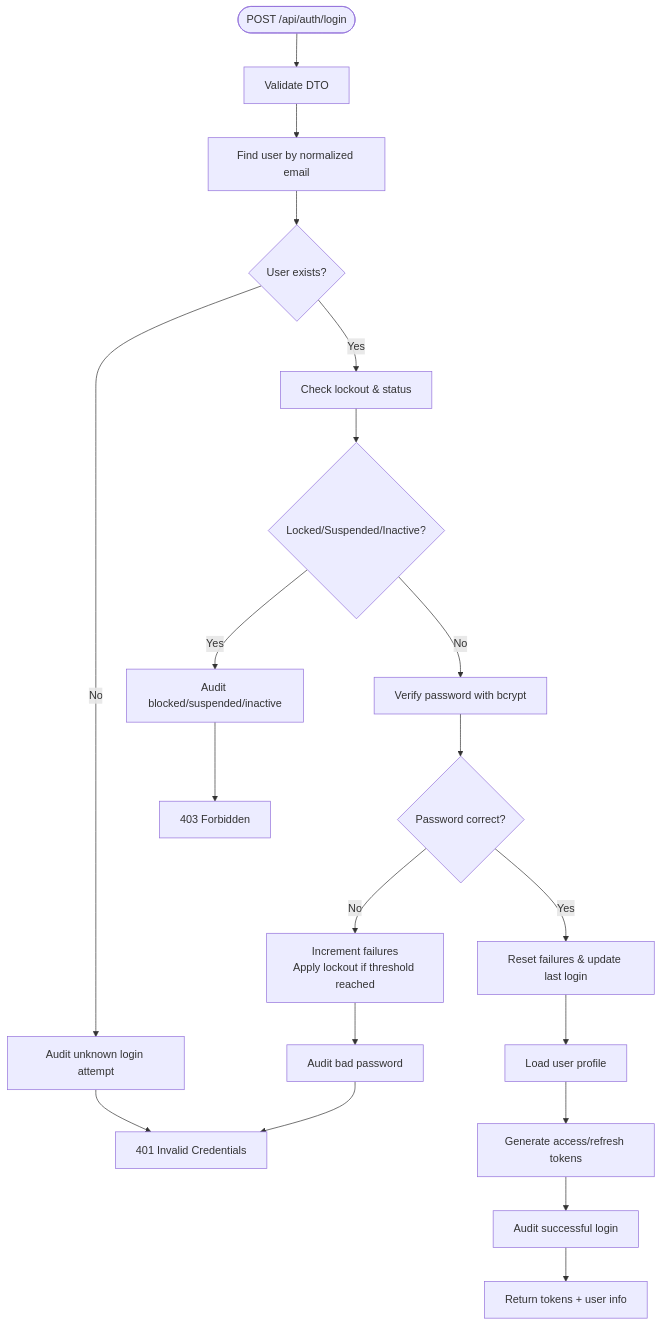
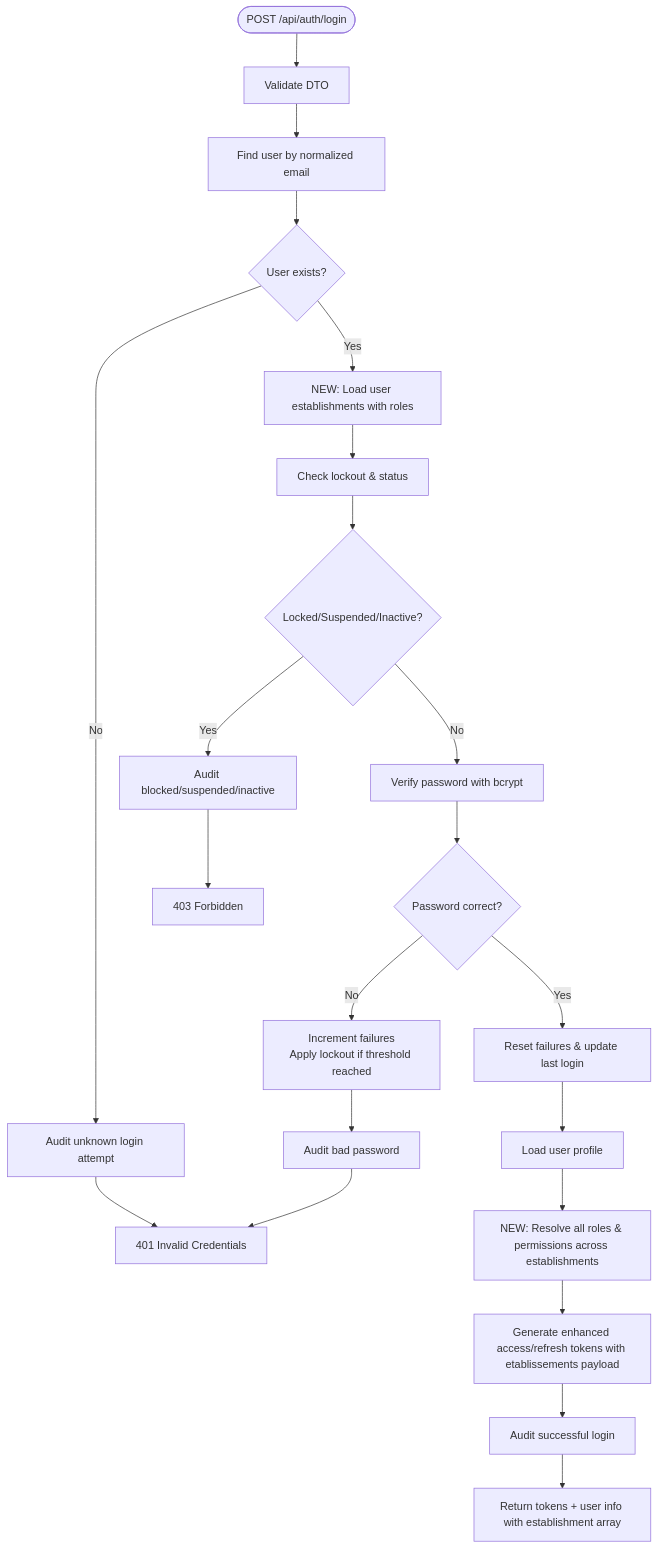
Before and after one commit to franckylab/eLISAschool: the fourth of 9 diagrams in .qoder/repowiki/en/content/Authentication & Authorization/Authentication Flow.md, drawn with Mermaid. The commit also changed other lines of this file and 75 other files, not shown here.

````diff
--- a/.qoder/repowiki/en/content/Authentication & Authorization/Authentication Flow.md
+++ b/.qoder/repowiki/en/content/Authentication & Authorization/Authentication Flow.md
@@ -180,18 +281,20 @@
 ```mermaid
 flowchart TD
 Start(["POST /api/auth/login"]) --> Validate["Validate DTO"]
 Validate --> FindUser["Find user by normalized email"]
 FindUser --> Exists{"User exists?"}
 Exists --> |No| LogUnknown["Audit unknown login attempt"] --> Err401["401 Invalid Credentials"]
-Exists --> |Yes| CheckLock["Check lockout & status"]
+Exists --> |Yes| LoadEstablishments["NEW: Load user establishments with roles"]
+LoadEstablishments --> CheckLock["Check lockout & status"]
 CheckLock --> Locked{"Locked/Suspended/Inactive?"}
 Locked --> |Yes| LogBlocked["Audit blocked/suspended/inactive"] --> Err403["403 Forbidden"]
 Locked --> |No| VerifyPwd["Verify password with bcrypt"]
 VerifyPwd --> PwdOK{"Password correct?"}
 PwdOK --> |No| IncFail["Increment failures<br/>Apply lockout if threshold reached"] --> LogBadPwd["Audit bad password"] --> Err401
 PwdOK --> |Yes| ResetFail["Reset failures & update last login"]
 ResetFail --> LoadProfile["Load user profile"]
-LoadProfile --> GenTokens["Generate access/refresh tokens"]
+LoadProfile --> ResolveRBAC["NEW: Resolve all roles & permissions across establishments"]
+ResolveRBAC --> GenTokens["Generate enhanced access/refresh tokens with etablissements payload"]
 GenTokens --> AuditOK["Audit successful login"]
-AuditOK --> Return["Return tokens + user info"]
+AuditOK --> Return["Return tokens + user info with establishment array"]
 ```
````
